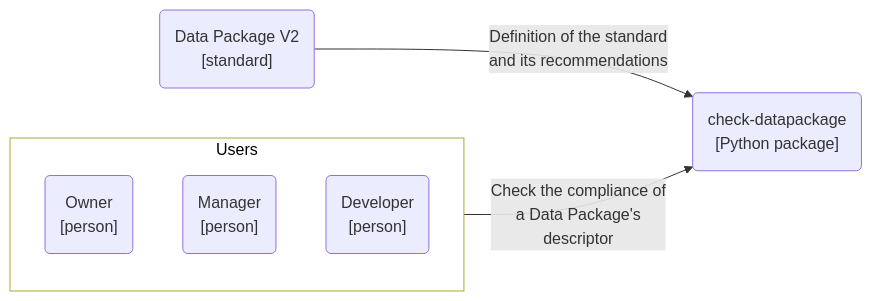
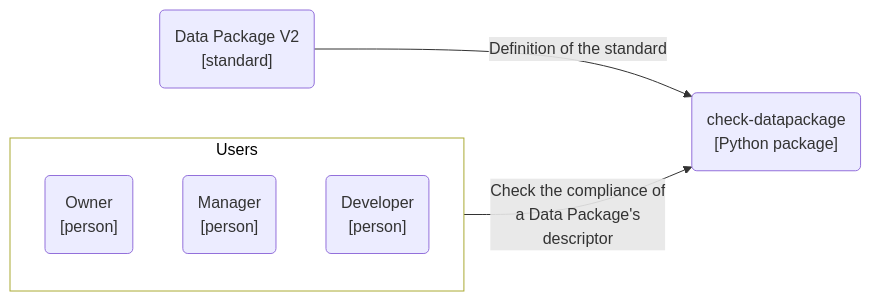
The first of 2 diagrams in docs/design/architecture.qmd (seedcase-project/check-datapackage), drawn with Mermaid before and after one commit. The commit also changed other lines of this file, not shown here.

Commit message:
style: :memo: remove "and its recommendations" from DP arrows

````diff
--- a/docs/design/architecture.qmd
+++ b/docs/design/architecture.qmd
@@ -89,20 +89,20 @@
 ```{mermaid}
 %%| label: fig-c4-context
 %%| fig-cap: "C4 system context diagram showing the anticipated users and the external system (the Data Package standard) `check-datapackage` interacts with."
 flowchart LR
 
     subgraph "Users"
         user_owner("Owner<br>[person]")
         user_manager("Manager<br>[person]")
         user_developer("Developer<br>[person]")
     end
 
     dp_standard("Data Package V2<br>[standard]")
     check("check-datapackage<br>[Python package]")
 
 
-    dp_standard --"Definition of the standard<br>and its recommendations"--> check
+    dp_standard --"Definition of the standard"--> check
     Users --"Check the compliance of<br>a Data Package's<br>descriptor"--> check
     %% Styling
     style Users fill:#FFFFFF, color:#000000
 ```
````
